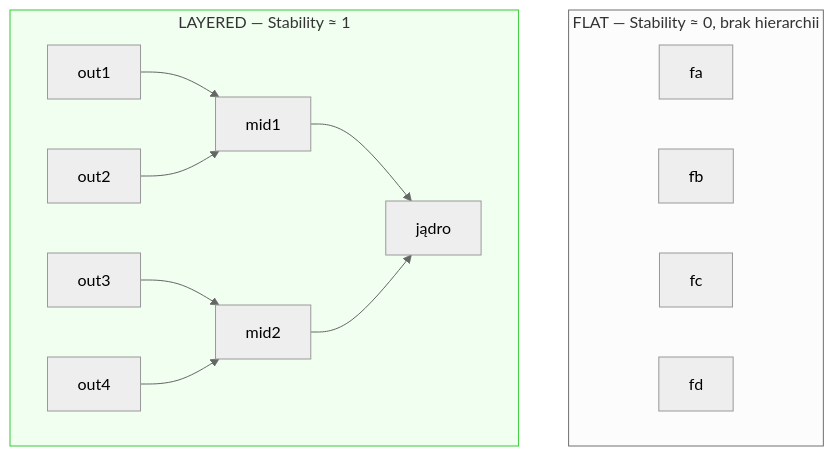
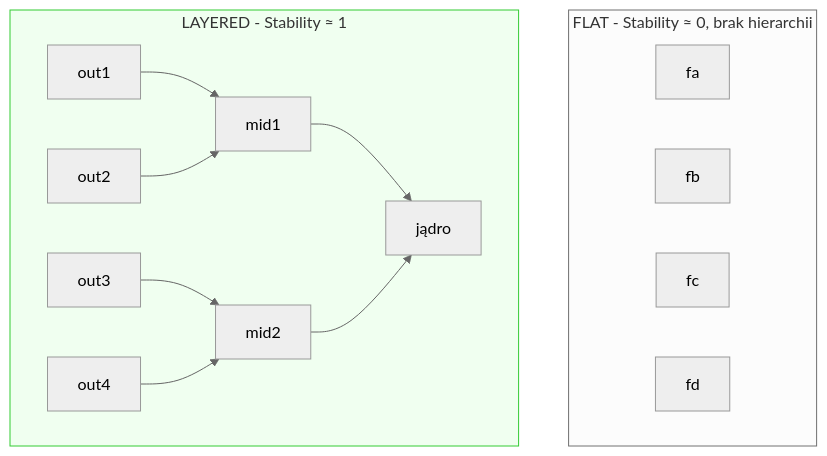
One commit to PiotrGry/qse-pkg changed the tenth of 14 diagrams in artifacts/qse_podrecznik.md. Above: the diagram before and after it, drawn with Mermaid (neutral theme). The commit also changed other lines of this file and 46 other files, not shown here.

````diff
--- a/artifacts/qse_podrecznik.md
+++ b/artifacts/qse_podrecznik.md
@@ -1179,18 +1179,18 @@
 ```mermaid
 graph TB
-    subgraph flat["FLAT — Stability ≈ 0, brak hierarchii"]
+    subgraph flat["FLAT - Stability ≈ 0, brak hierarchii"]
         fa & fb & fc & fd
     end
-    subgraph layered["LAYERED — Stability ≈ 1"]
+    subgraph layered["LAYERED - Stability ≈ 1"]
         core["jądro"]
         mid1 & mid2
         out1 & out2 & out3 & out4
         out1 --> mid1
         out2 --> mid1
         out3 --> mid2
         out4 --> mid2
         mid1 --> core
         mid2 --> core
     end
     style layered fill:#f0fff0,stroke:#33cc33
 ```
````
